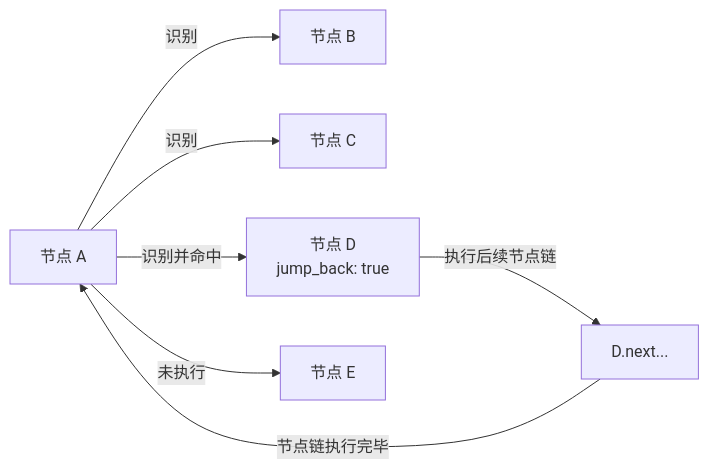
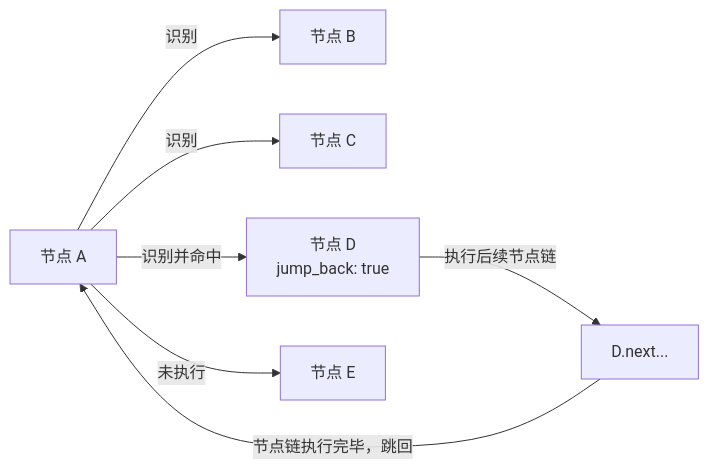
One commit to MaaXYZ/MaaFramework changed the fourth of 4 diagrams in docs/zh_cn/3.1-任务流水线协议.md. Above: the diagram before and after it, drawn with Mermaid. The commit also changed 1 other file, not shown here.

Commit message:
docs: 再改改（）

````diff
--- a/docs/zh_cn/3.1-任务流水线协议.md
+++ b/docs/zh_cn/3.1-任务流水线协议.md
@@ -367,9 +367,9 @@
 ```mermaid
 graph LR
     A[节点 A] -->|识别| B[节点 B]
     A -->|识别| C[节点 C]
     A -->|识别并命中| D[节点 D<br/>jump_back: true]
     A -->|未执行| E[节点 E]
     D -->|执行后续节点链| F[D.next...]
-    F -->|节点链执行完毕| A
+    F -->|节点链执行完毕，跳回| A
 ```
````
